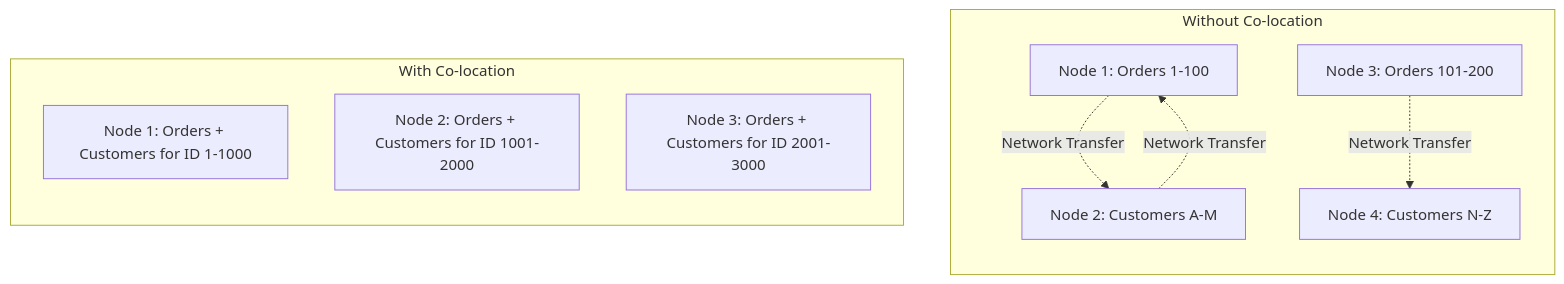
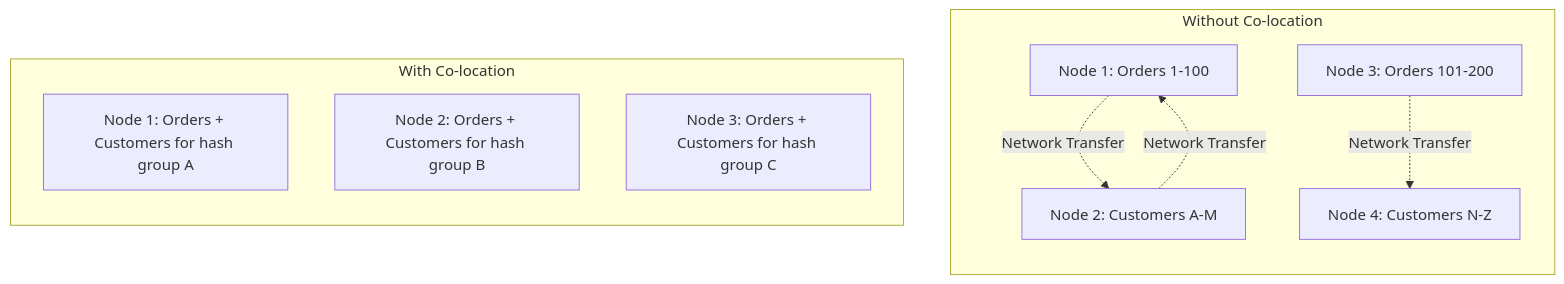
One commit to OneUptime/blog changed the third of 5 diagrams in posts/2026-01-30-data-warehouse-distribution-keys/README.md. Above: the diagram before and after it, drawn with Mermaid. The commit also changed other lines of this file and 2 other files, not shown here.

````diff
--- a/posts/2026-01-30-data-warehouse-distribution-keys/README.md
+++ b/posts/2026-01-30-data-warehouse-distribution-keys/README.md
@@ -159,16 +159,16 @@
 ```mermaid
 graph TB
     subgraph "Without Co-location"
         direction TB
         WN1[Node 1: Orders 1-100] -.->|Network Transfer| WN2[Node 2: Customers A-M]
         WN2 -.->|Network Transfer| WN1
         WN3[Node 3: Orders 101-200] -.->|Network Transfer| WN4[Node 4: Customers N-Z]
     end
 
     subgraph "With Co-location"
         direction TB
-        CN1[Node 1: Orders + Customers for ID 1-1000]
-        CN2[Node 2: Orders + Customers for ID 1001-2000]
-        CN3[Node 3: Orders + Customers for ID 2001-3000]
+        CN1[Node 1: Orders + Customers for hash group A]
+        CN2[Node 2: Orders + Customers for hash group B]
+        CN3[Node 3: Orders + Customers for hash group C]
     end
 ```
````
